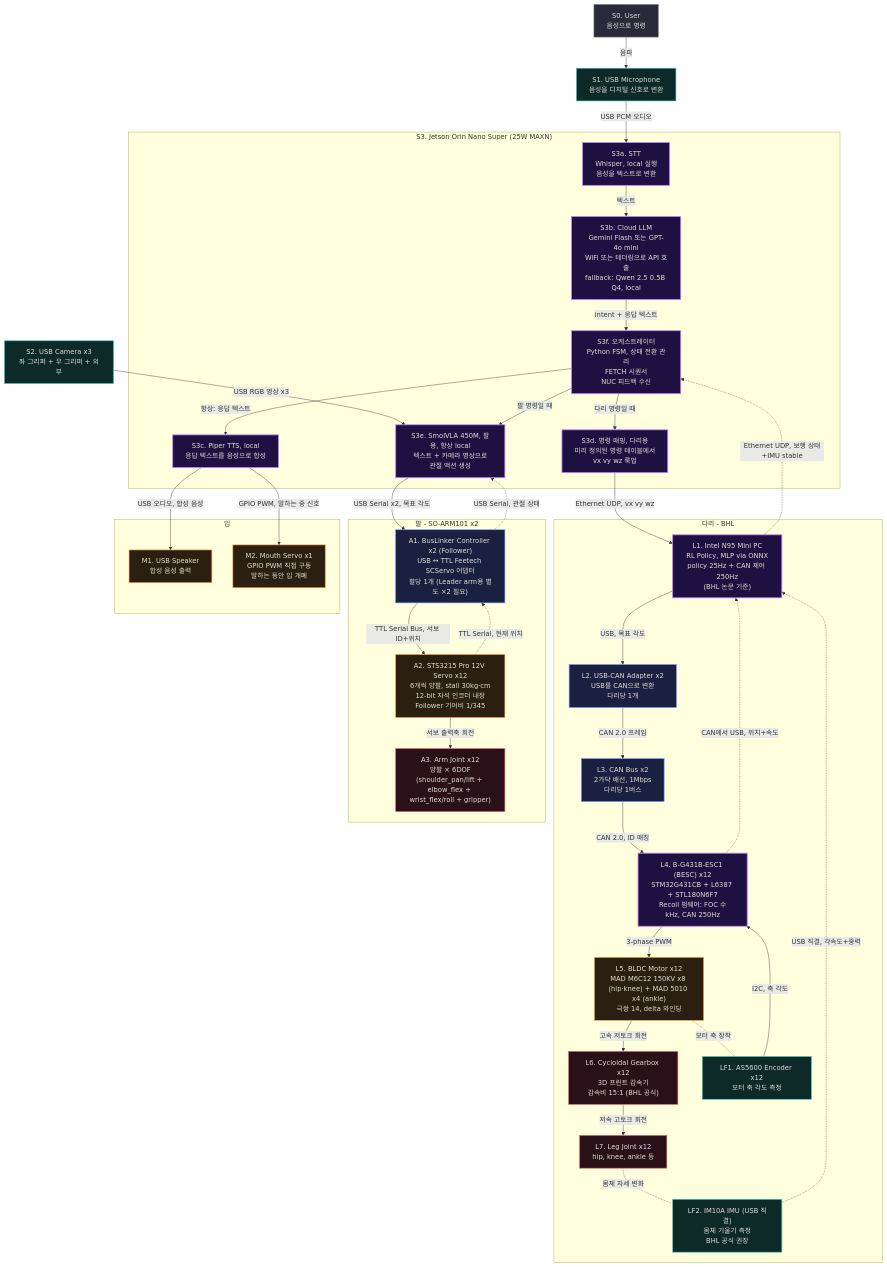
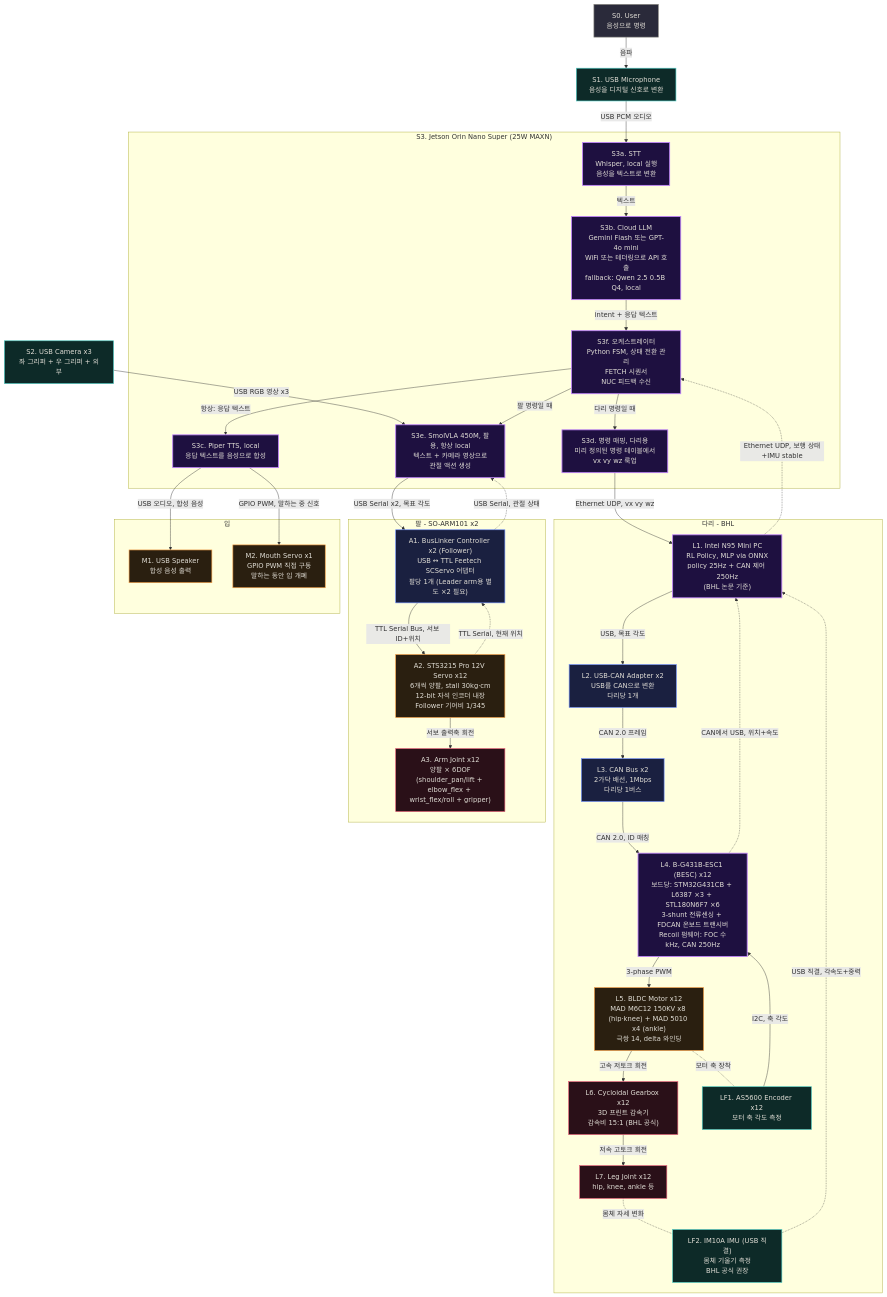
One commit to henryhjna/hylion-3d-guide changed the diagram in public/assets/docs/signal_flow.md. Above: the diagram before and after it, drawn with Mermaid. The commit also changed 7 other files, not shown here.

```diff
--- a/public/assets/docs/signal_flow.md
+++ b/public/assets/docs/signal_flow.md
@@ -21,7 +21,7 @@
         L1["L1. Intel N95 Mini PC\nRL Policy, MLP via ONNX\npolicy 25Hz + CAN 제어 250Hz\n(BHL 논문 기준)"]
         L2["L2. USB-CAN Adapter x2\nUSB를 CAN으로 변환\n다리당 1개"]
         L3["L3. CAN Bus x2\n2가닥 배선, 1Mbps\n다리당 1버스"]
-        L4["L4. B-G431B-ESC1 (BESC) x12\nSTM32G431CB + L6387 + STL180N6F7\nRecoil 펌웨어: FOC 수kHz, CAN 250Hz"]
+        L4["L4. B-G431B-ESC1 (BESC) x12\n보드당: STM32G431CB + L6387 ×3 + STL180N6F7 ×6\n3-shunt 전류센싱 + FDCAN 온보드 트랜시버\nRecoil 펌웨어: FOC 수kHz, CAN 250Hz"]
         L5["L5. BLDC Motor x12\nMAD M6C12 150KV x8 (hip·knee) + MAD 5010 x4 (ankle)\n극쌍 14, delta 와인딩"]
         L6["L6. Cycloidal Gearbox x12\n3D 프린트 감속기\n감속비 15:1 (BHL 공식)"]
         L7["L7. Leg Joint x12\nhip, knee, ankle 등"]
```
